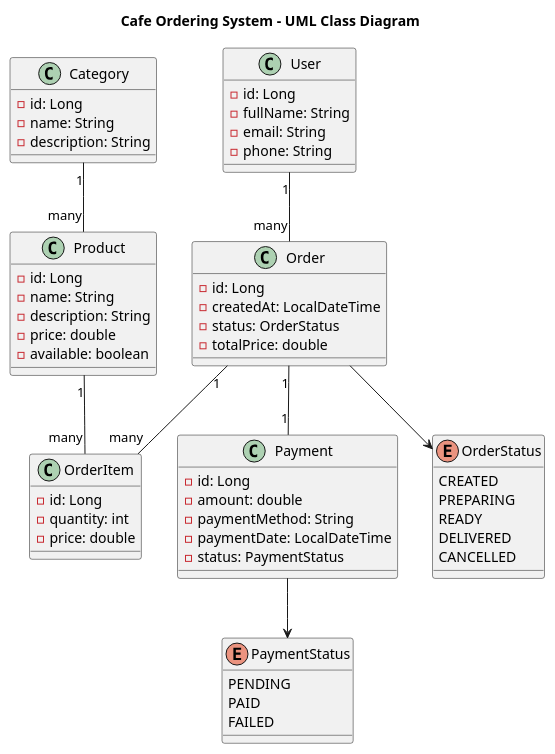
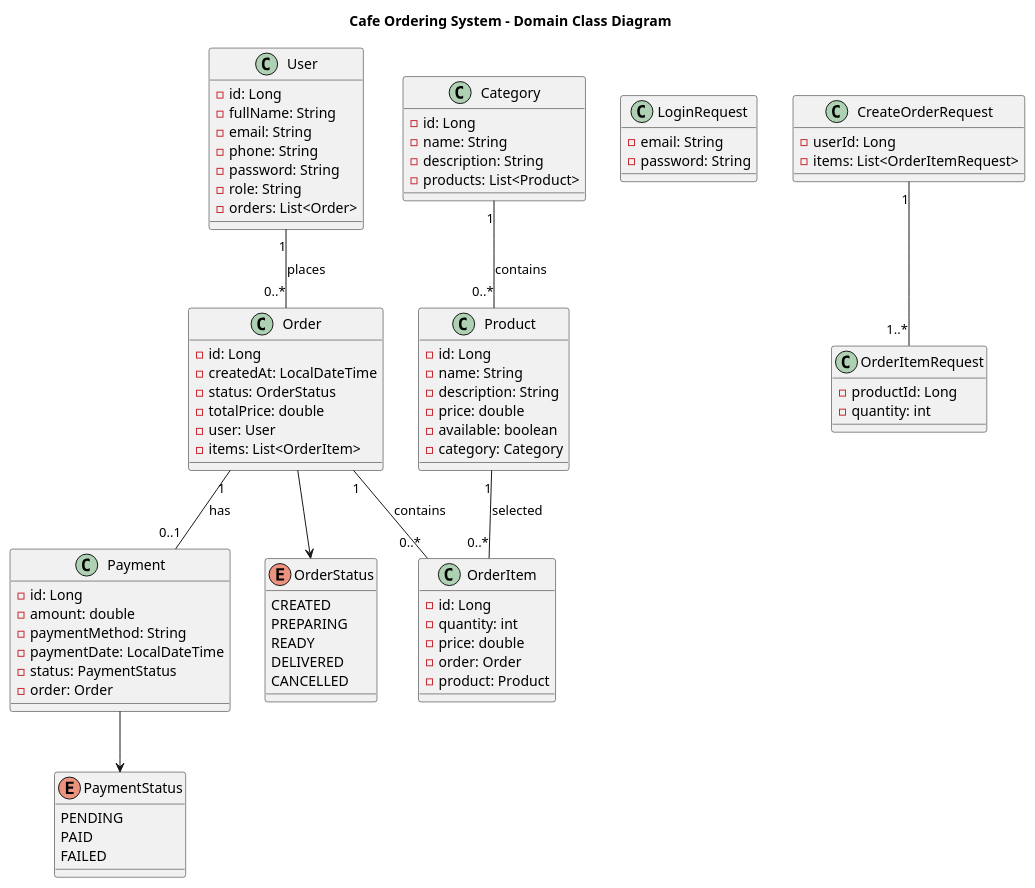
Before and after one commit to ayaulymserikova13-coder/cafe-ordering-system: the diagram in diagrams/class-diagram.puml, drawn with PlantUML. The commit also changed 23 other files, not shown here.

```diff
--- a/diagrams/class-diagram.puml
+++ b/diagrams/class-diagram.puml
@@ -1,69 +1,95 @@
 @startuml
-title Cafe Ordering System - UML Class Diagram
+title Cafe Ordering System - Domain Class Diagram
 
 class User {
   - id: Long
   - fullName: String
   - email: String
   - phone: String
+  - password: String
+  - role: String
+  - orders: List<Order>
 }
 
 class Category {
   - id: Long
   - name: String
   - description: String
+  - products: List<Product>
 }
 
 class Product {
   - id: Long
   - name: String
   - description: String
   - price: double
   - available: boolean
+  - category: Category
 }
 
 class Order {
   - id: Long
   - createdAt: LocalDateTime
   - status: OrderStatus
   - totalPrice: double
+  - user: User
+  - items: List<OrderItem>
 }
 
 class OrderItem {
   - id: Long
   - quantity: int
   - price: double
+  - order: Order
+  - product: Product
 }
 
 class Payment {
   - id: Long
   - amount: double
   - paymentMethod: String
   - paymentDate: LocalDateTime
   - status: PaymentStatus
+  - order: Order
+}
+
+class LoginRequest {
+  - email: String
+  - password: String
+}
+
+class CreateOrderRequest {
+  - userId: Long
+  - items: List<OrderItemRequest>
+}
+
+class OrderItemRequest {
+  - productId: Long
+  - quantity: int
 }
 
 enum OrderStatus {
   CREATED
   PREPARING
   READY
   DELIVERED
   CANCELLED
 }
 
 enum PaymentStatus {
   PENDING
   PAID
   FAILED
 }
 
-User "1" -- "many" Order
-Category "1" -- "many" Product
-Order "1" -- "many" OrderItem
-Product "1" -- "many" OrderItem
-Order "1" -- "1" Payment
+User "1" -- "0..*" Order : places
+Category "1" -- "0..*" Product : contains
+Order "1" -- "0..*" OrderItem : contains
+Product "1" -- "0..*" OrderItem : selected
+Order "1" -- "0..1" Payment : has
 
 Order --> OrderStatus
 Payment --> PaymentStatus
+CreateOrderRequest "1" -- "1..*" OrderItemRequest
 
 @enduml
```
